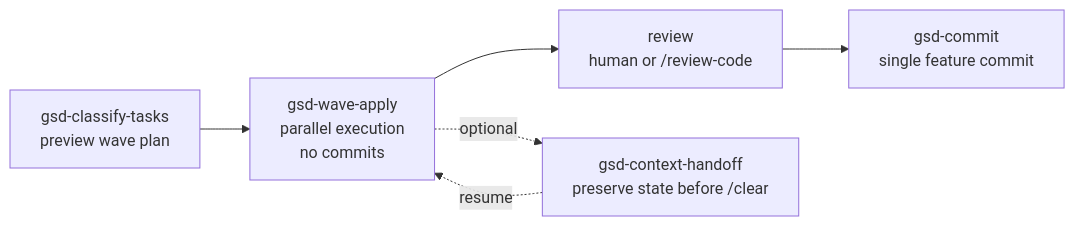
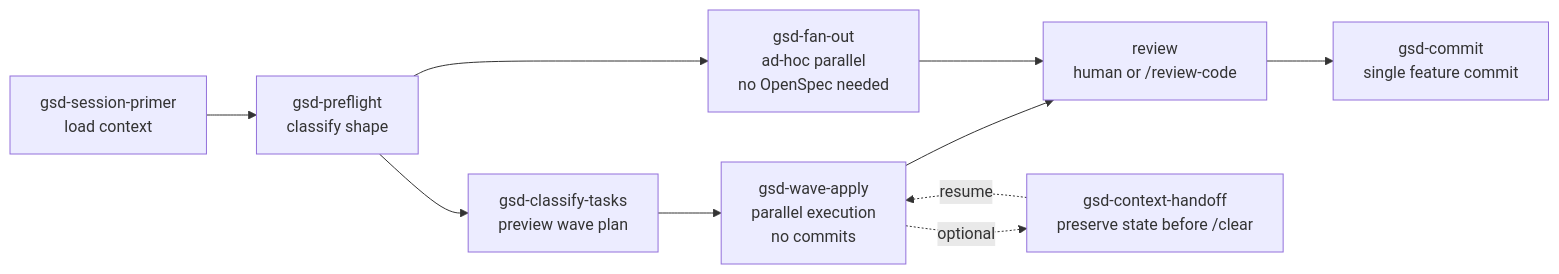
Before and after one commit to renzrollon/carl-workflow: the diagram in docs/skills/gsd.md, drawn with Mermaid. The commit also changed other lines of this file and 34 other files, not shown here.

````diff
--- a/docs/skills/gsd.md
+++ b/docs/skills/gsd.md
@@ -15,8 +15,12 @@
 ```mermaid
 flowchart LR
-    A[gsd-classify-tasks<br/>preview wave plan] --> B[gsd-wave-apply<br/>parallel execution<br/>no commits]
+    P[gsd-session-primer<br/>load context] --> PF[gsd-preflight<br/>classify shape]
+    PF --> A[gsd-classify-tasks<br/>preview wave plan]
+    A --> B[gsd-wave-apply<br/>parallel execution<br/>no commits]
+    PF --> F[gsd-fan-out<br/>ad-hoc parallel<br/>no OpenSpec needed]
     B --> C[review<br/>human or /review-code]
+    F --> C
     C --> D[gsd-commit<br/>single feature commit]
     B -.optional.-> E[gsd-context-handoff<br/>preserve state before /clear]
     E -.resume.-> B
 ```
````
